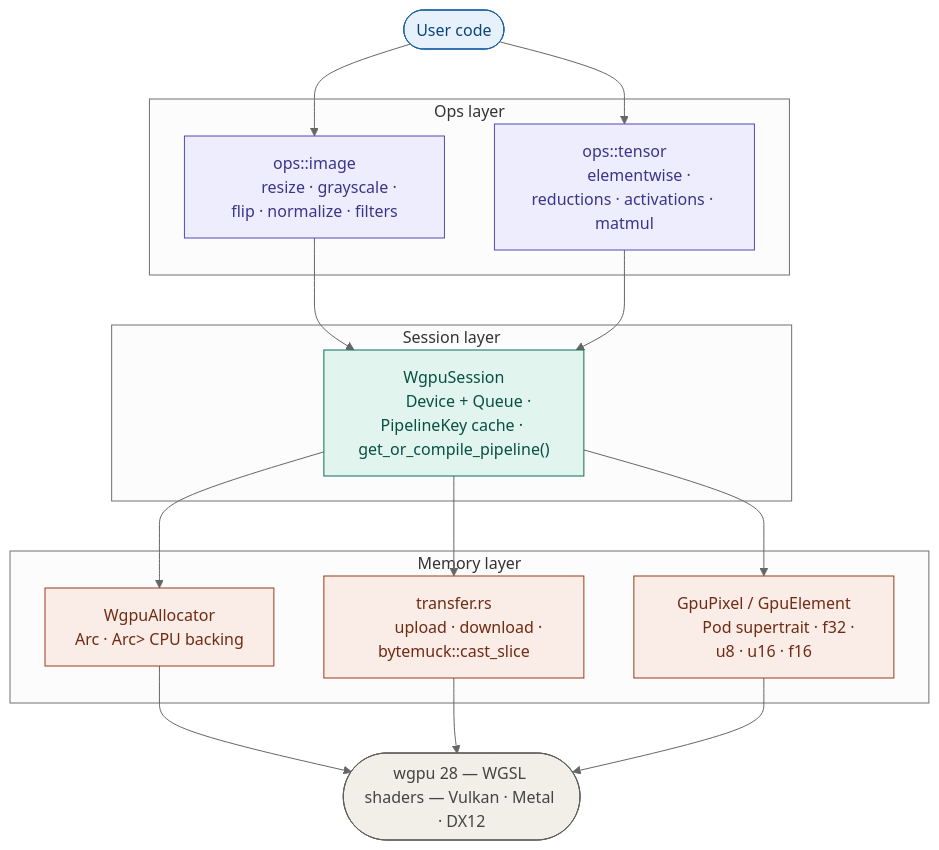
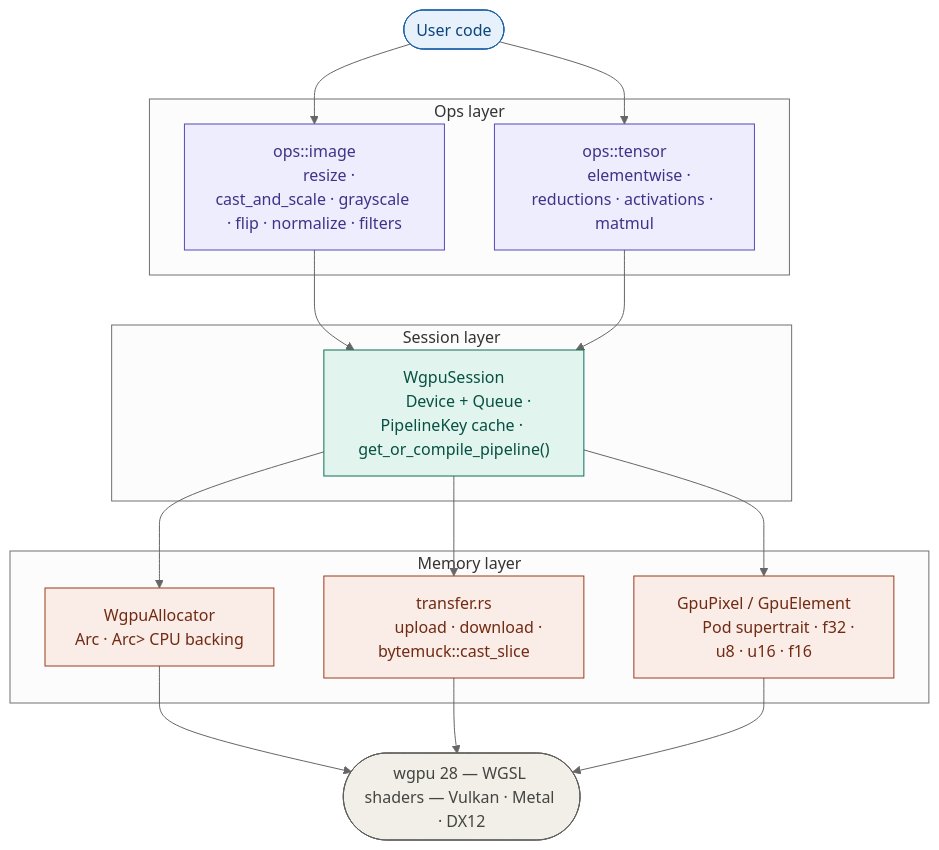
Before and after one commit to Nyx128/kornia-rs: the diagram in crates/kornia-wgpu/README.md, drawn with Mermaid (neutral theme). The commit also changed other lines of this file, not shown here.

````diff
--- a/crates/kornia-wgpu/README.md
+++ b/crates/kornia-wgpu/README.md
@@ -28,38 +29,38 @@
 ```mermaid
 flowchart TB
     U(["User code"]):::user
 
     subgraph OPS["  Ops layer  "]
         OI["ops::image
-        resize · grayscale · flip · normalize · filters"]:::ops
+        resize · cast_and_scale · grayscale · flip · normalize · filters"]:::ops
         OT["ops::tensor
         elementwise · reductions · activations · matmul"]:::ops
     end
 
     subgraph SES["  Session layer  "]
         S["WgpuSession
         Device + Queue · PipelineKey cache · get_or_compile_pipeline()"]:::session
     end
 
     subgraph MEM["  Memory layer  "]
         MA["WgpuAllocator
         Arc<wgpu::Buffer> · Arc<Vec<u8>> CPU backing"]:::memory
         MT["transfer.rs
         upload · download · bytemuck::cast_slice"]:::memory
         MG["GpuPixel / GpuElement
         Pod supertrait · f32 · u8 · u16 · f16"]:::memory
     end
 
     W(["wgpu 28 — WGSL shaders — Vulkan · Metal · DX12"]):::wgpu
 
     U --> OI & OT
     OI & OT --> S
     S --> MA & MT & MG
     MA & MT & MG --> W
 
     classDef user    fill:#E6F1FB,stroke:#185FA5,color:#0C447C
     classDef ops     fill:#EEEDFE,stroke:#534AB7,color:#3C3489
     classDef session fill:#E1F5EE,stroke:#0F6E56,color:#085041
     classDef memory  fill:#FAECE7,stroke:#993C1D,color:#712B13
     classDef wgpu    fill:#F1EFE8,stroke:#5F5E5A,color:#444441
 ```
````
